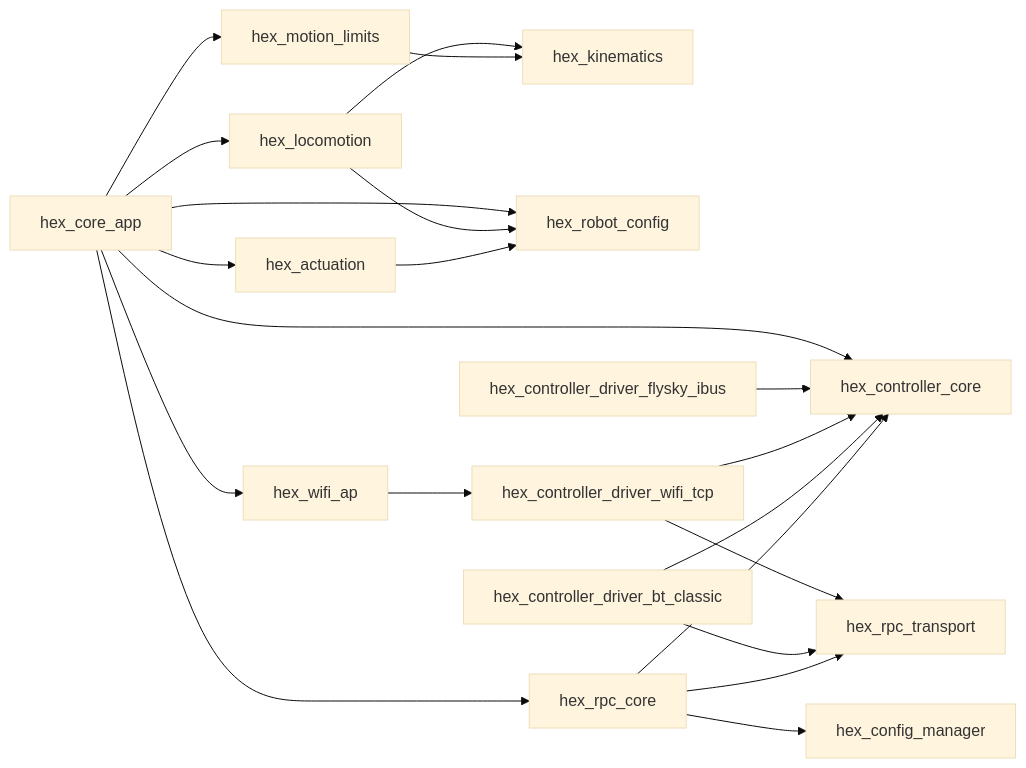
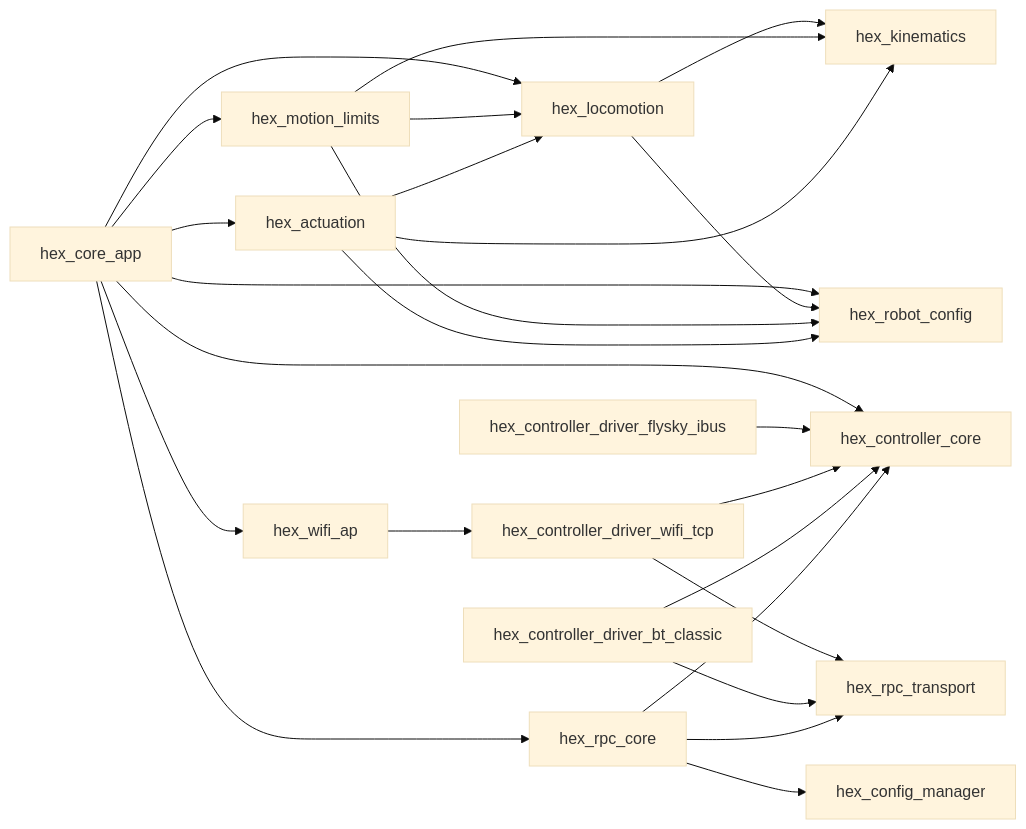
Before and after one commit to quick-brown-bot/hexapod: the fourth of 4 diagrams in COMPONENT_ARCHITECTURE_BASELINE.md, drawn with Mermaid (base theme). The commit also changed other lines of this file and 3 other files, not shown here.

````diff
--- a/COMPONENT_ARCHITECTURE_BASELINE.md
+++ b/COMPONENT_ARCHITECTURE_BASELINE.md
@@ -337,44 +339,48 @@
 ```mermaid
 flowchart LR
 		Core[hex_core_app]
 
 		Loc[hex_locomotion]
 		Kin[hex_kinematics]
 		Lim[hex_motion_limits]
 		Act[hex_actuation]
 		RCfg[hex_robot_config]
 
 		CCore[hex_controller_core]
 		CFly[hex_controller_driver_flysky_ibus]
 		CWifi[hex_controller_driver_wifi_tcp]
 		CBt[hex_controller_driver_bt_classic]
 		WAP[hex_wifi_ap]
 
 		RpcCore[hex_rpc_core]
 		RpcTx[hex_rpc_transport]
 		Cfg[hex_config_manager]
 
 		Core --> Loc
 		Core --> Lim
 		Core --> Act
 		Core --> CCore
 		Core --> RpcCore
 		Core --> WAP
 		Core --> RCfg
 
 		Loc --> Kin
 		Loc --> RCfg
+		Lim --> Loc
 		Lim --> Kin
+		Lim --> RCfg
+		Act --> Loc
+		Act --> Kin
 		Act --> RCfg
 
 		CFly --> CCore
 		CWifi --> CCore
 		CBt --> CCore
 		CWifi --> RpcTx
 		CBt --> RpcTx
 		WAP --> CWifi
 
 		RpcCore --> RpcTx
 		RpcCore --> Cfg
 		RpcCore --> CCore
 ```
````
